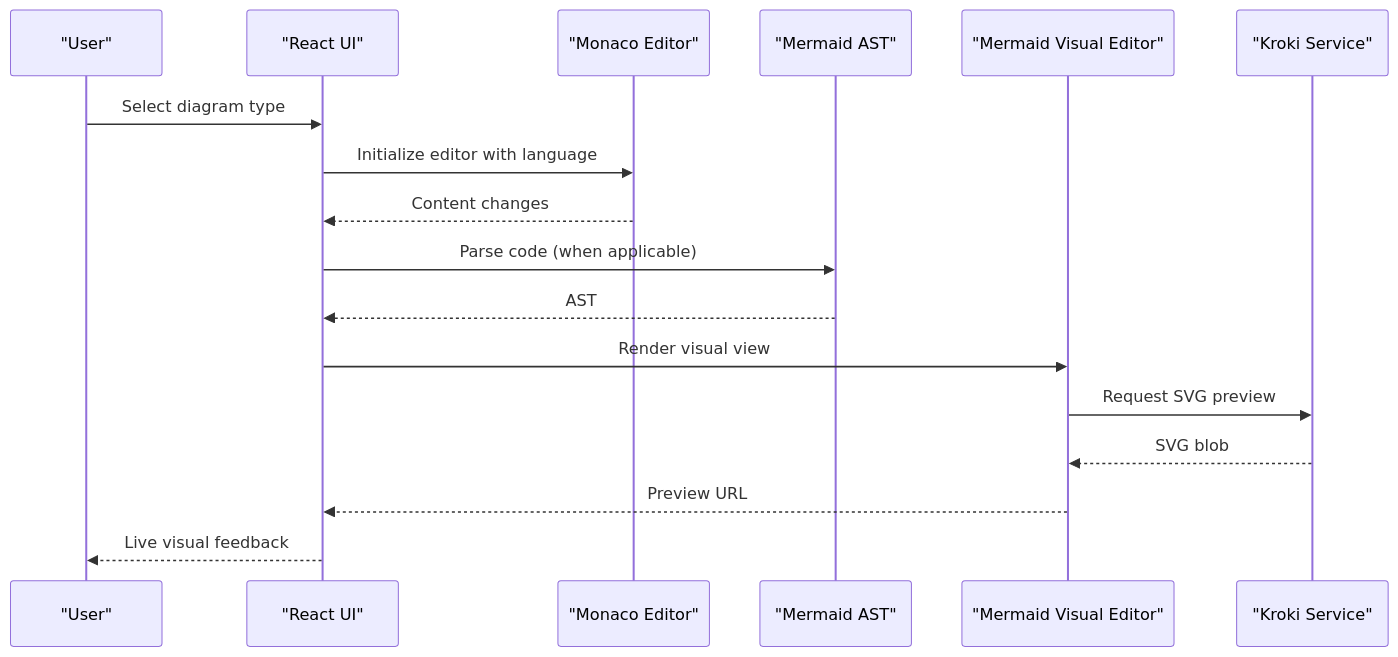
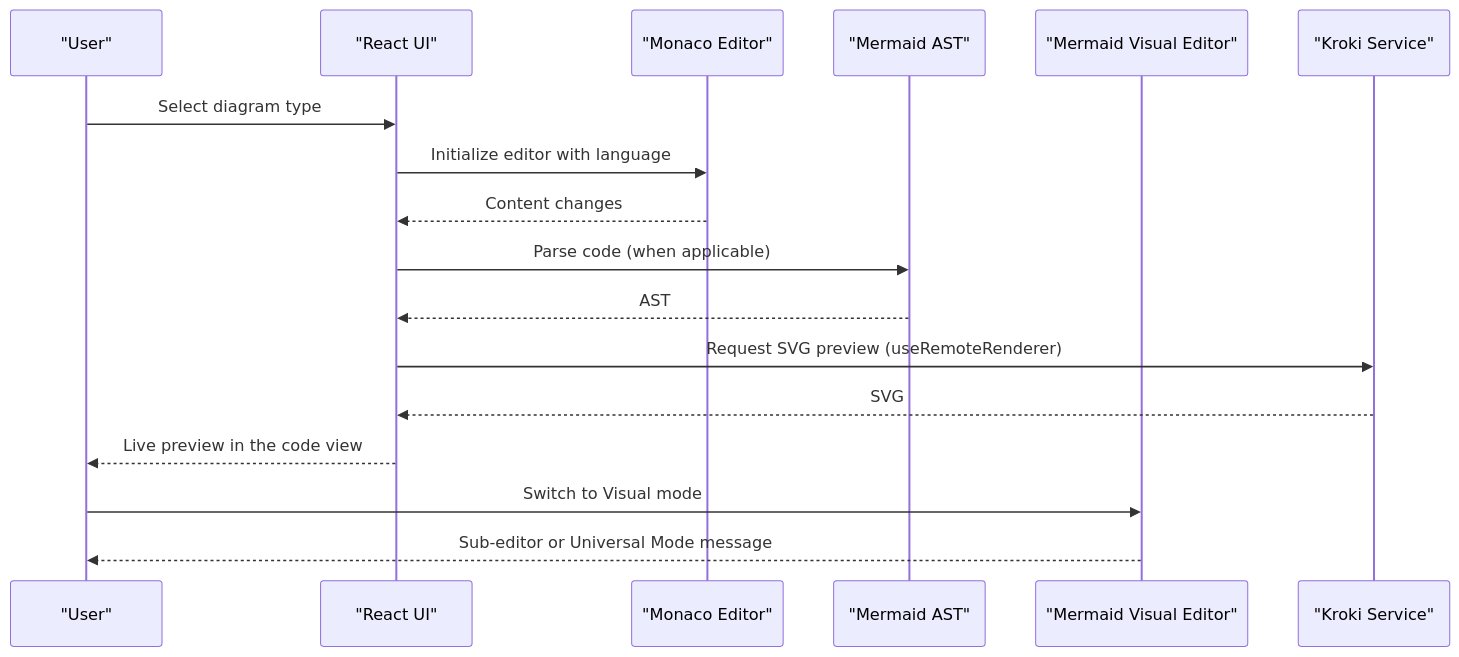
The second of 9 diagrams in .qoder/repowiki/en/content/Project Overview.md (ongchonghian/universal-diagram-editor), drawn with Mermaid before and after one commit. The commit also changed other lines of this file and 31 other files, not shown here.

````diff
--- a/.qoder/repowiki/en/content/Project Overview.md
+++ b/.qoder/repowiki/en/content/Project Overview.md
@@ -129,19 +129,19 @@
 ```mermaid
 sequenceDiagram
 participant User as "User"
 participant UI as "React UI"
 participant Monaco as "Monaco Editor"
 participant MermaidAST as "Mermaid AST"
 participant MermaidEditor as "Mermaid Visual Editor"
 participant Kroki as "Kroki Service"
 User->>UI : Select diagram type
 UI->>Monaco : Initialize editor with language
 Monaco-->>UI : Content changes
 UI->>MermaidAST : Parse code (when applicable)
 MermaidAST-->>UI : AST
-UI->>MermaidEditor : Render visual view
-MermaidEditor->>Kroki : Request SVG preview
-Kroki-->>MermaidEditor : SVG blob
-MermaidEditor-->>UI : Preview URL
-UI-->>User : Live visual feedback
+UI->>Kroki : Request SVG preview (useRemoteRenderer)
+Kroki-->>UI : SVG
+UI-->>User : Live preview in the code view
+User->>MermaidEditor : Switch to Visual mode
+MermaidEditor-->>User : Sub-editor or Universal Mode message
 ```
````
